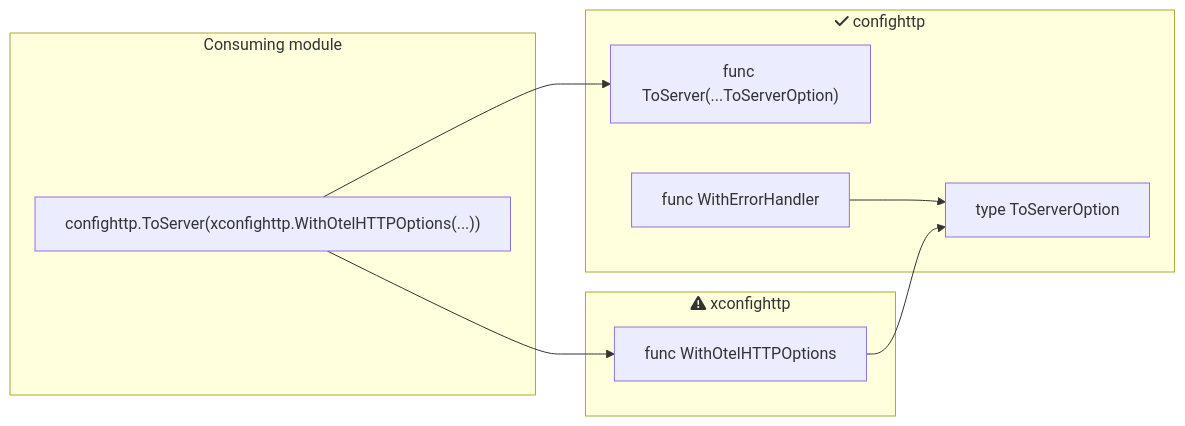
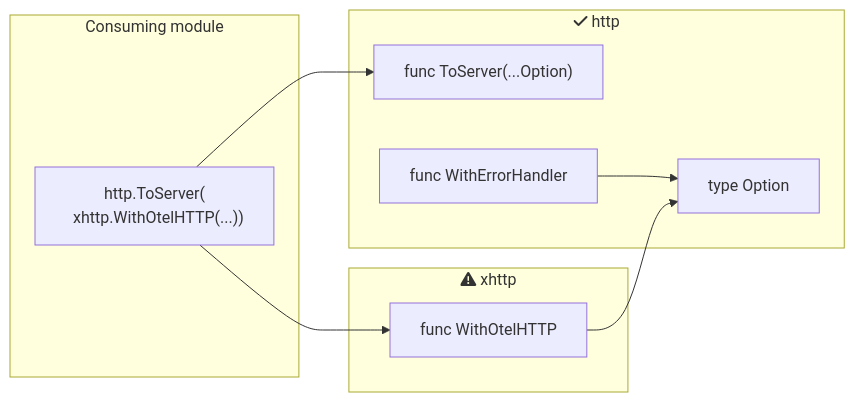
The diagram in diagram/module-splitting.mmd (evan-bradley/kubecon-eu-25), drawn with Mermaid before and after one commit. The commit also changed 9 other files, not shown here.

Commit message:
Add new diagrams, make corners rounded

```diff
--- a/diagram/module-splitting.mmd
+++ b/diagram/module-splitting.mmd
@@ -1,23 +1,24 @@
 flowchart LR
     subgraph consumer["Consuming module"]
-        code["confighttp.ToServer(xconfighttp.WithOtelHTTPOptions(...))"]
+        code["http.ToServer(<br>&nbsp;&nbsp;xhttp.WithOtelHTTP(...))"]
     end
 
     code --> otelhttp
     code --> toserver
 
-    subgraph xgomod["fa:fa-triangle-exclamation xconfighttp"]
-        otelhttp["func WithOtelHTTPOptions"]
+    subgraph xgomod["fa:fa-triangle-exclamation xhttp"]
+        otelhttp["func WithOtelHTTP"]
 
     end
 
-    subgraph gomod["fa:fa-check confighttp"]
-        toserver["func ToServer(...ToServerOption)"]
+    subgraph gomod["fa:fa-check http"]
+        toserver["func ToServer(...Option)"]
         error["func WithErrorHandler"]
-        option["type ToServerOption"]
+        option["type Option"]
 
         error --> option
         otelhttp --> option
     end
 
 class code,otelhttp,toserver,error,option box;
+class code,otelhttp,toserver,error,option rounded;
```
